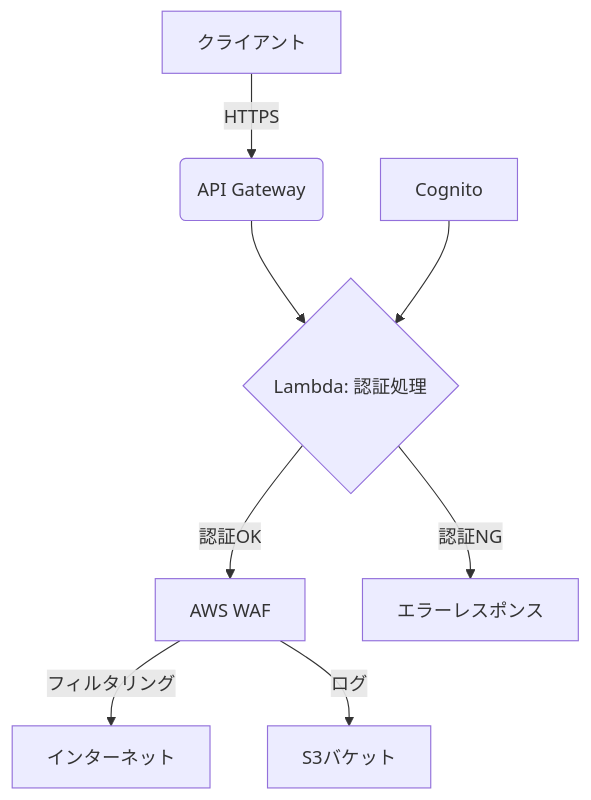
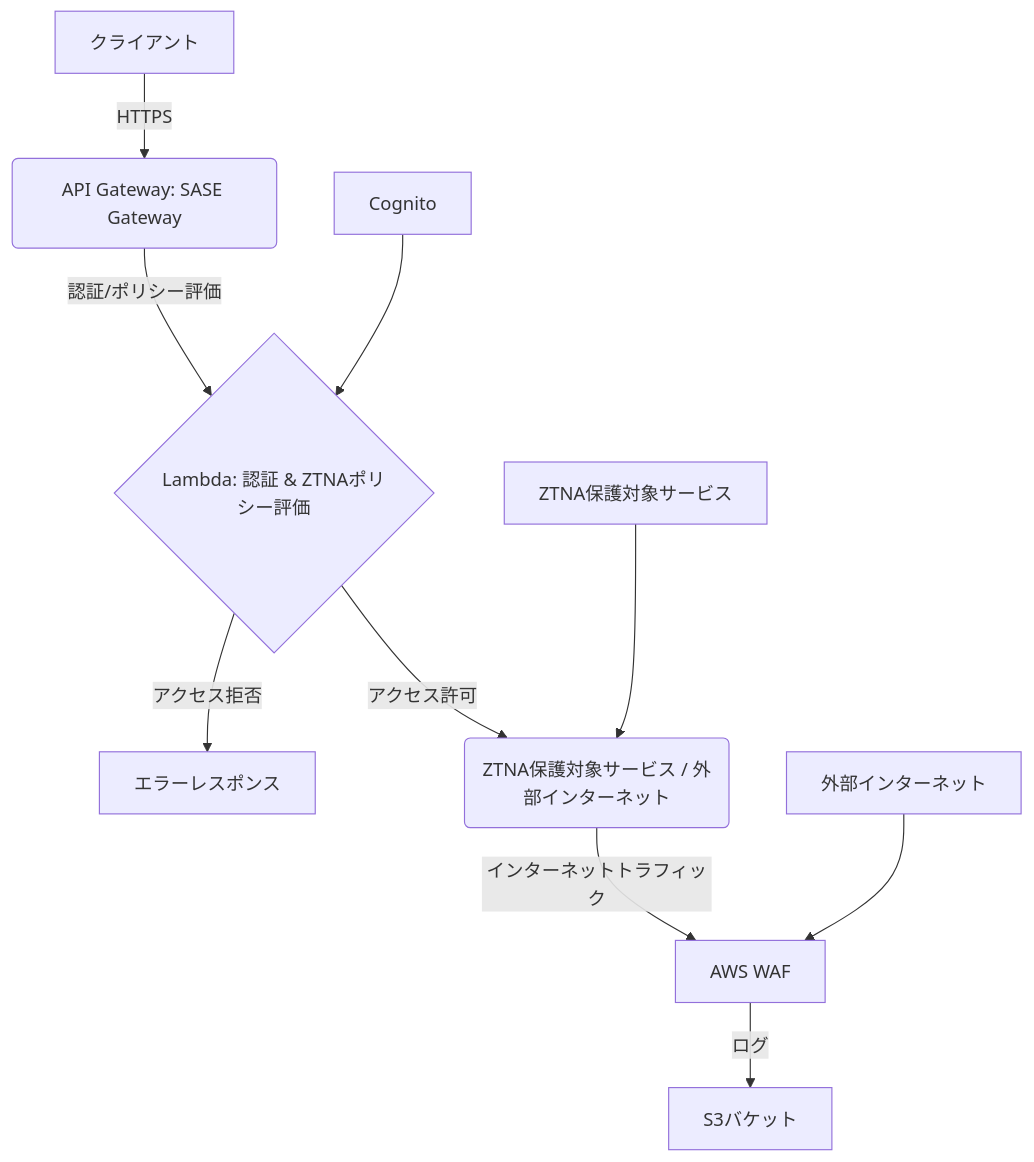
Before and after one commit to dgc3141/sase-project: the diagram in README.md, drawn with Mermaid. The commit also changed other lines of this file and 5 other files, not shown here.

````diff
--- a/README.md
+++ b/README.md
@@ -7,10 +7,14 @@
 ```mermaid
 graph TD
-    A[クライアント] -->|HTTPS| B(API Gateway)
-    B --> C{Lambda: 認証処理}
-    C -->|認証OK| D[AWS WAF]
-    C -->|認証NG| E[エラーレスポンス]
-    D -->|フィルタリング| F[インターネット]
-    D -->|ログ| G[S3バケット]
+    A[クライアント] -->|HTTPS| B(API Gateway: SASE Gateway)
+    B -->|認証/ポリシー評価| C{Lambda: 認証 & ZTNAポリシー評価}
+    C -->|アクセス許可| D(ZTNA保護対象サービス / 外部インターネット)
+    C -->|アクセス拒否| E[エラーレスポンス]
+
+    D -->|インターネットトラフィック| F[AWS WAF]
+    F -->|ログ| G[S3バケット]
+
     H[Cognito] --> C
+    I[外部インターネット] --> F
+    J[ZTNA保護対象サービス] --> D
 ```
````
